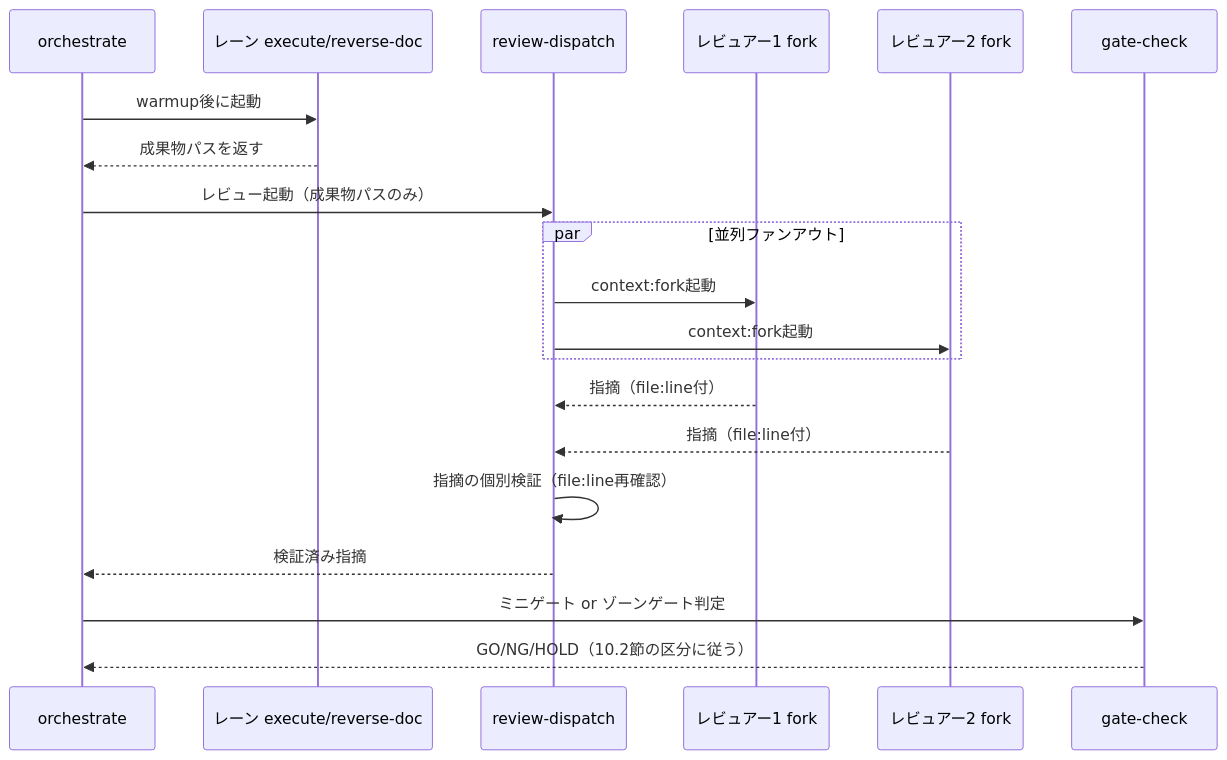
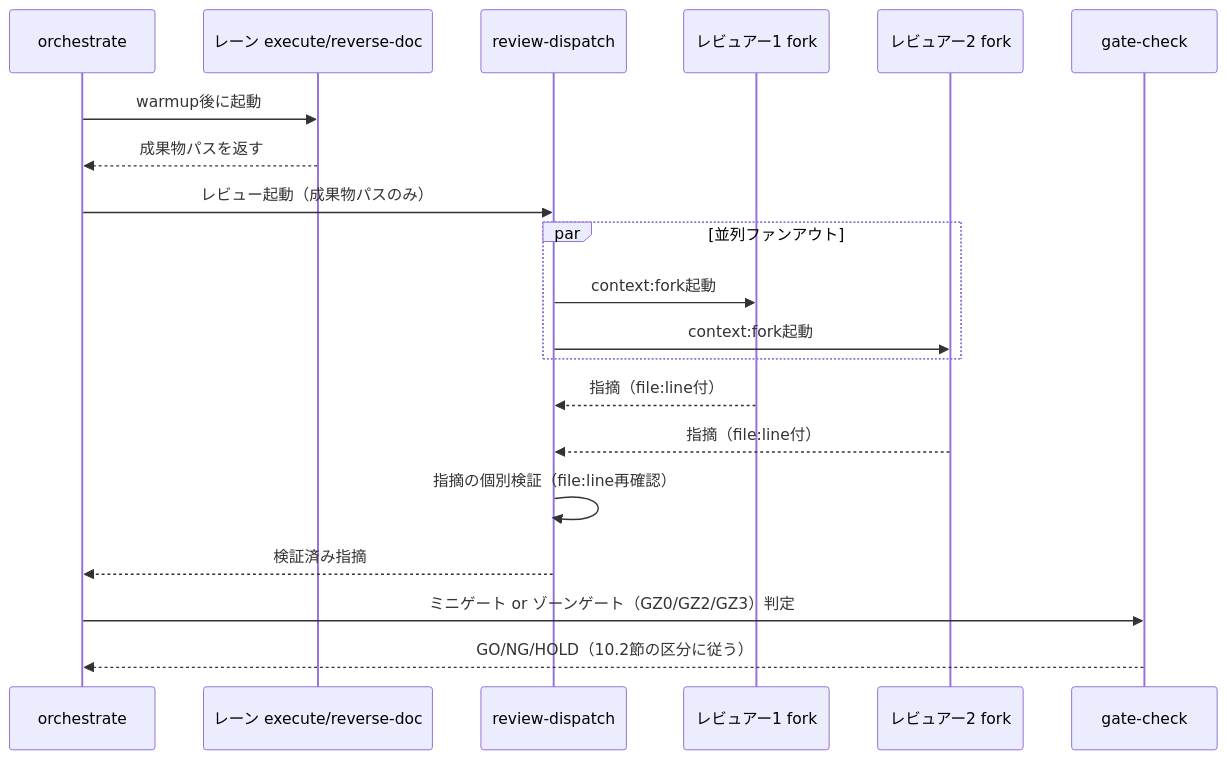
The third of 4 diagrams in docs/v2/02_実行基盤アーキテクチャ.md (k-tanaka-522/aidev), drawn with Mermaid before and after one commit. The commit also changed other lines of this file and 1 other file, not shown here.

````diff
--- a/docs/v2/02_実行基盤アーキテクチャ.md
+++ b/docs/v2/02_実行基盤アーキテクチャ.md
@@ -632,23 +678,23 @@
 ```mermaid
 sequenceDiagram
     participant ORCH as orchestrate
     participant EXE as レーン execute/reverse-doc
     participant RD as review-dispatch
     participant R1 as レビュアー1 fork
     participant R2 as レビュアー2 fork
     participant GC as gate-check
 
     ORCH->>EXE: warmup後に起動
     EXE-->>ORCH: 成果物パスを返す
     ORCH->>RD: レビュー起動（成果物パスのみ）
     par 並列ファンアウト
         RD->>R1: context:fork起動
         RD->>R2: context:fork起動
     end
     R1-->>RD: 指摘（file:line付）
     R2-->>RD: 指摘（file:line付）
     RD->>RD: 指摘の個別検証（file:line再確認）
     RD-->>ORCH: 検証済み指摘
-    ORCH->>GC: ミニゲート or ゾーンゲート判定
+    ORCH->>GC: ミニゲート or ゾーンゲート（GZ0/GZ2/GZ3）判定
     GC-->>ORCH: GO/NG/HOLD（10.2節の区分に従う）
 ```
````
